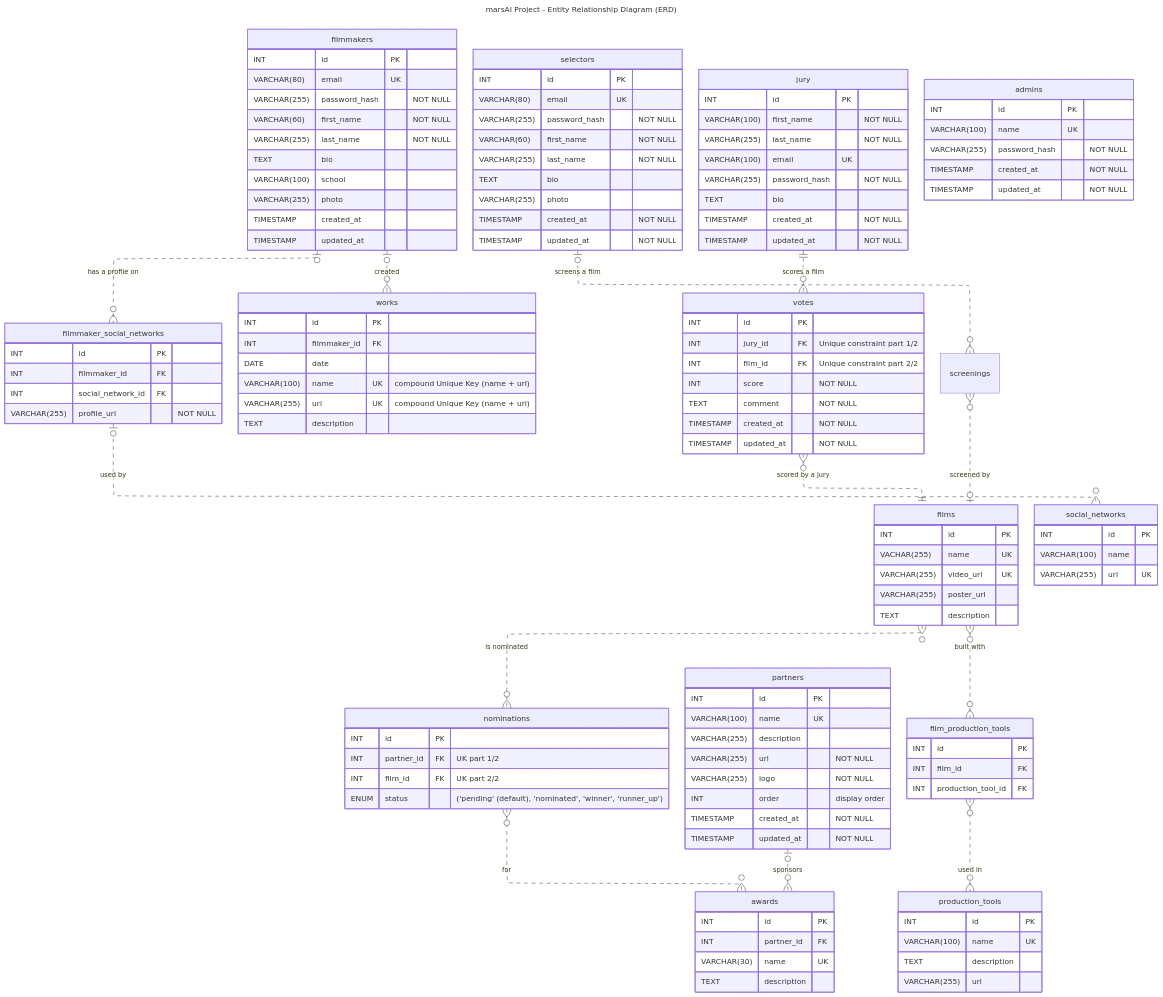
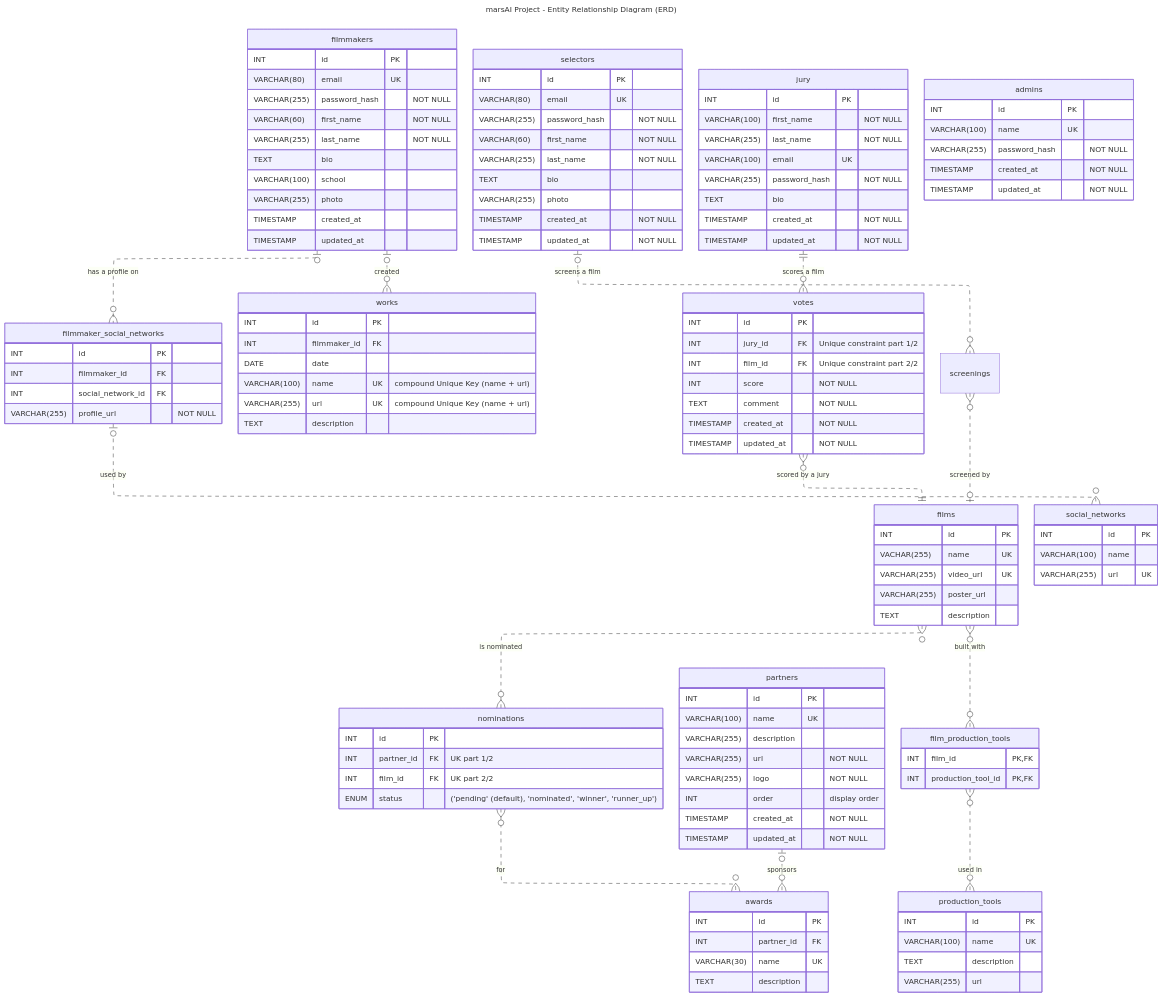
Before and after one commit to ebouchut/mars-ai-project: the first of 2 diagrams in README.md, drawn with Mermaid. The commit also changed other lines of this file, not shown here.

Commit message:
docs(README): Add a pitch about Mermaid.js and link to its documentation

```diff
--- a/README.md
+++ b/README.md
@@ -244,9 +244,8 @@
         TIMESTAMP     updated_at       "NOT NULL"
     }
     film_production_tools {
-        INT           id                  PK
-        INT           film_id             FK
-        INT           production_tool_id  FK
+        INT           film_id             PK,FK
+        INT           production_tool_id  PK,FK
     }
     production_tools {
         INT           id            PK
```
